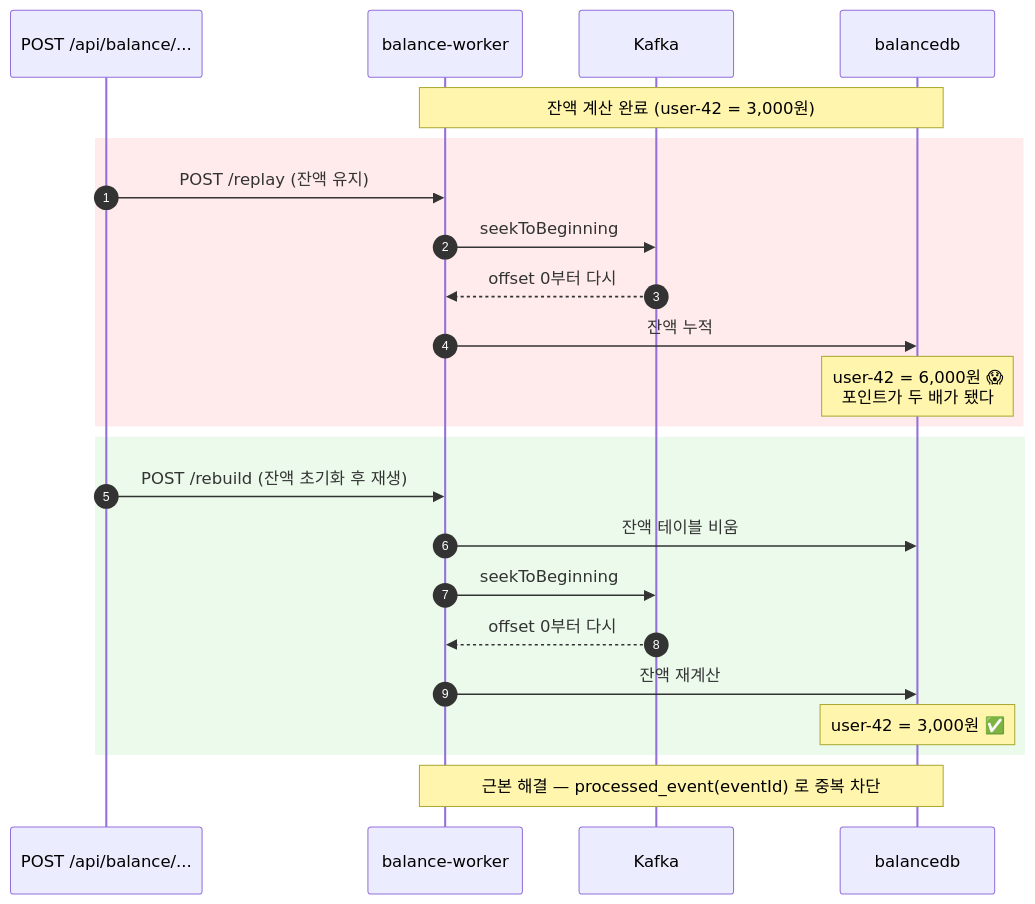
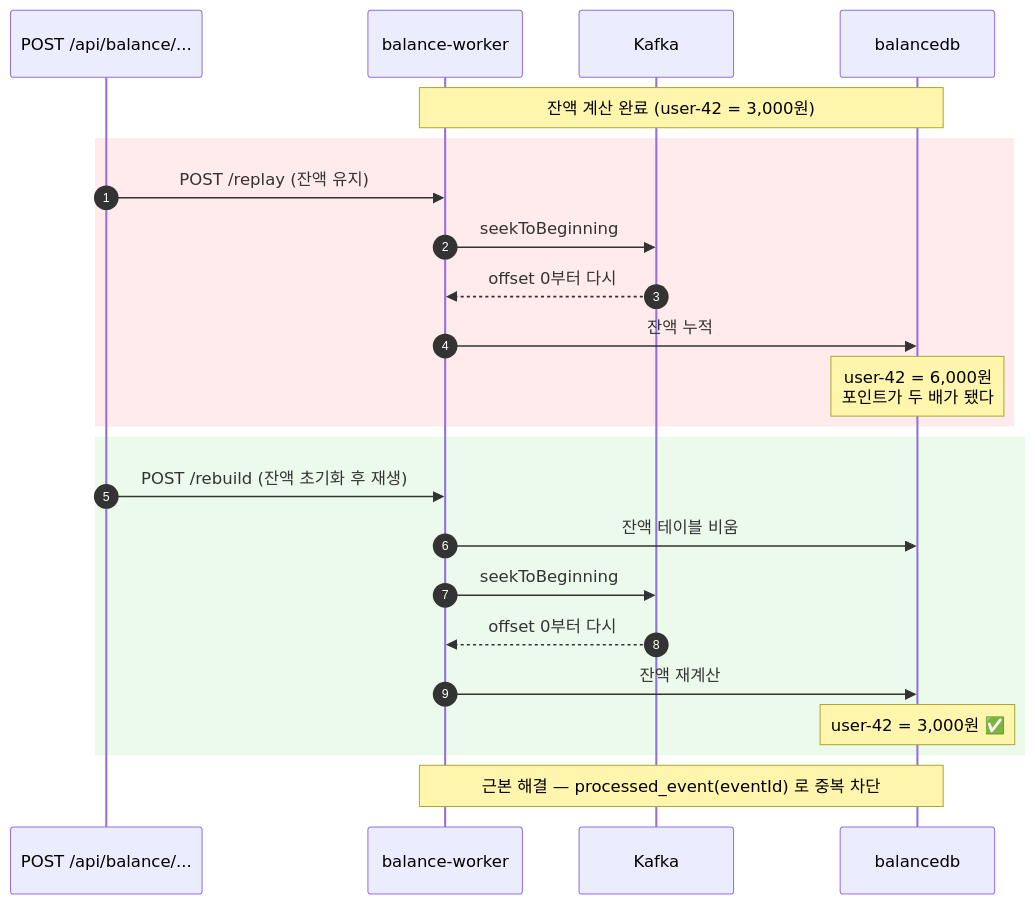
Before and after one commit to ytw9699/kafka_study: the fifth of 8 diagrams in docs/planning/02-architecture.md, drawn with Mermaid. The commit also changed other lines of this file and 20 other files, not shown here.

````diff
--- a/docs/planning/02-architecture.md
+++ b/docs/planning/02-architecture.md
@@ -226,29 +226,29 @@
 ```mermaid
 sequenceDiagram
     autonumber
     participant API as POST /api/balance/...
     participant BW as balance-worker
     participant K as Kafka
     participant DB as balancedb
 
     Note over BW,DB: 잔액 계산 완료 (user-42 = 3,000원)
 
     rect rgb(255, 235, 235)
         API->>BW: POST /replay (잔액 유지)
         BW->>K: seekToBeginning
         K-->>BW: offset 0부터 다시
         BW->>DB: 잔액 누적
-        Note over DB: user-42 = 6,000원 😱<br/>포인트가 두 배가 됐다
+        Note over DB: user-42 = 6,000원<br/>포인트가 두 배가 됐다
     end
 
     rect rgb(235, 250, 235)
         API->>BW: POST /rebuild (잔액 초기화 후 재생)
         BW->>DB: 잔액 테이블 비움
         BW->>K: seekToBeginning
         K-->>BW: offset 0부터 다시
         BW->>DB: 잔액 재계산
         Note over DB: user-42 = 3,000원 ✅
     end
 
     Note over BW,DB: 근본 해결 — processed_event(eventId) 로 중복 차단
 ```
````
